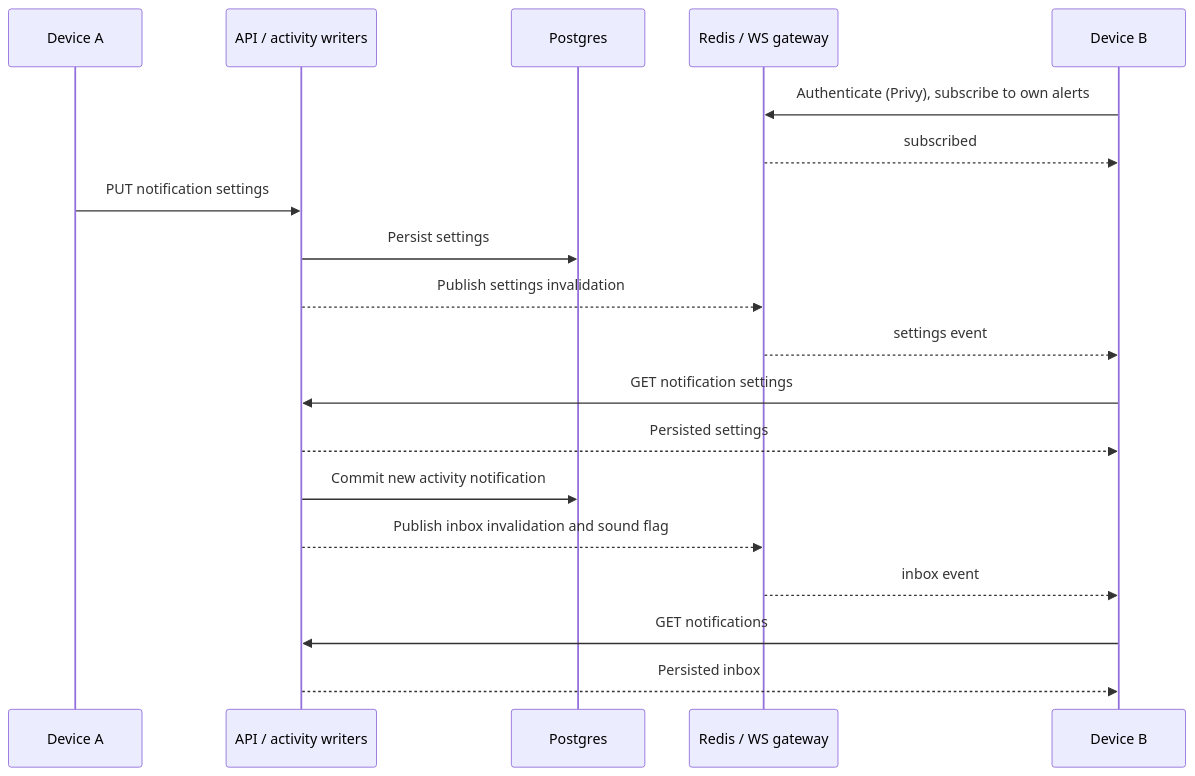
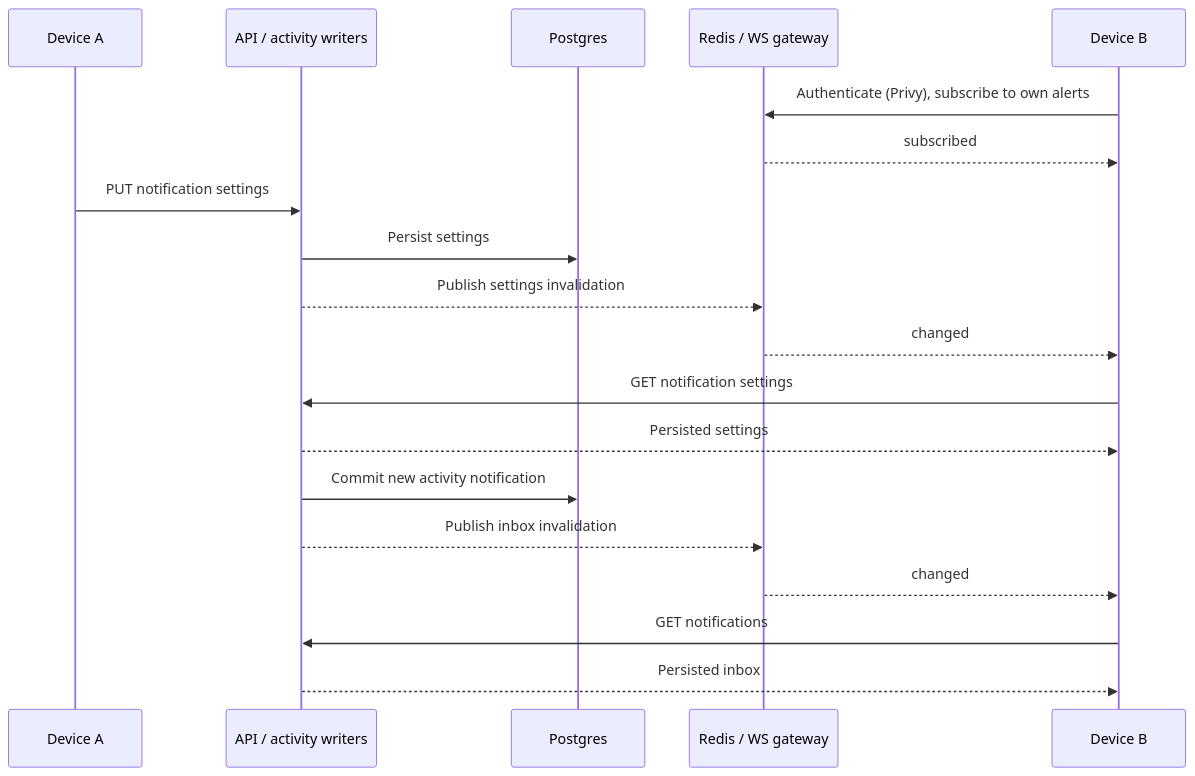
One commit to jog01/agele changed the second of 2 diagrams in docs/notifications.md. Above: the diagram before and after it, drawn with Mermaid. The commit also changed other lines of this file and 18 other files, not shown here.

````diff
--- a/docs/notifications.md
+++ b/docs/notifications.md
@@ -37,21 +43,21 @@
 ```mermaid
 sequenceDiagram
   participant A as Device A
   participant API as API / activity writers
   participant DB as Postgres
   participant WS as Redis / WS gateway
   participant B as Device B
   B->>WS: Authenticate (Privy), subscribe to own alerts
   WS-->>B: subscribed
   A->>API: PUT notification settings
   API->>DB: Persist settings
   API-->>WS: Publish settings invalidation
-  WS-->>B: settings event
+  WS-->>B: changed
   B->>API: GET notification settings
   API-->>B: Persisted settings
   API->>DB: Commit new activity notification
-  API-->>WS: Publish inbox invalidation and sound flag
-  WS-->>B: inbox event
+  API-->>WS: Publish inbox invalidation
+  WS-->>B: changed
   B->>API: GET notifications
   API-->>B: Persisted inbox
 ```
````
